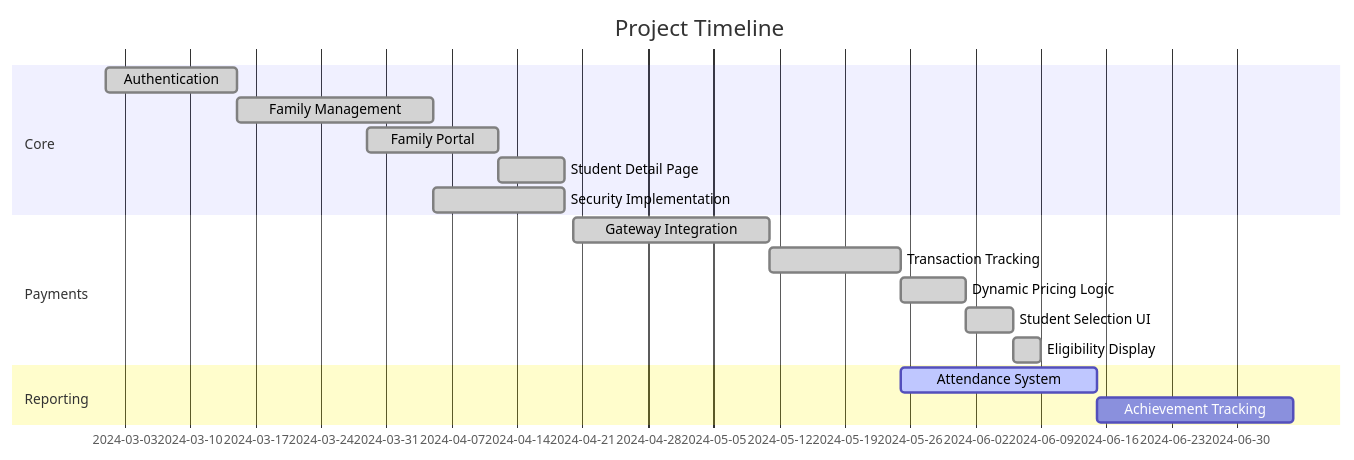
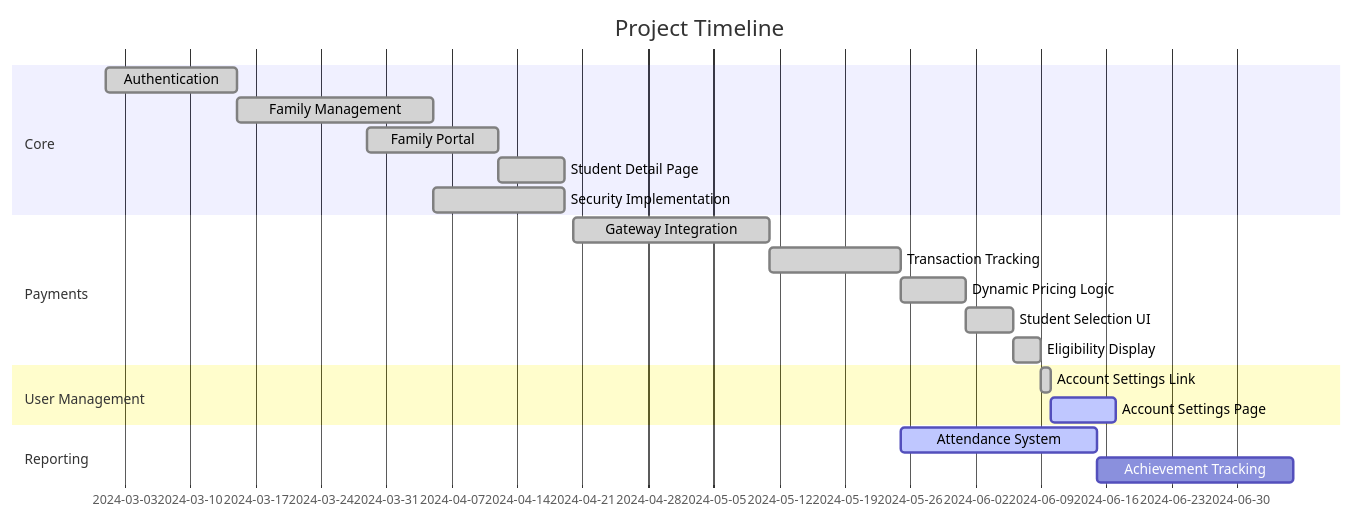
One commit to snusnumrick/karate changed the diagram in README.md. Above: the diagram before and after it, drawn with Mermaid. The commit also changed 3 other files, not shown here.

Commit message:
feat: Add account settings link and placeholder page

````diff
--- a/README.md
+++ b/README.md
@@ -141,20 +141,23 @@
 ```mermaid
 gantt
     title Project Timeline
     dateFormat  YYYY-MM-DD
     section Core
     Authentication          :done,    auth, 2024-03-01, 14d
     Family Management       :done,    family, 2024-03-15, 21d
     Family Portal           :done,    portal, 2024-03-29, 14d
     Student Detail Page     :done,    student, after portal, 7d
     Security Implementation :done,    sec, 2024-04-05, 14d     
     section Payments
     Gateway Integration     :done,    pay, 2024-04-20, 21d
     Transaction Tracking    :done,    pay_track, after pay, 14d
     Dynamic Pricing Logic   :done,    pay_dynamic, after pay_track, 7d
     Student Selection UI    :done,    pay_select, after pay_dynamic, 5d
     Eligibility Display     :done,    pay_eligibility, after pay_select, 3d
+    section User Management
+    Account Settings Link   :done,    acct_link, after pay_eligibility, 1d
+    Account Settings Page   :active,  acct_page, after acct_link, 7d
     section Reporting
     Attendance System       :active,  attend, 2024-05-25, 21d
     Achievement Tracking    :         achieve, 2024-06-15, 21d
 ```
````
